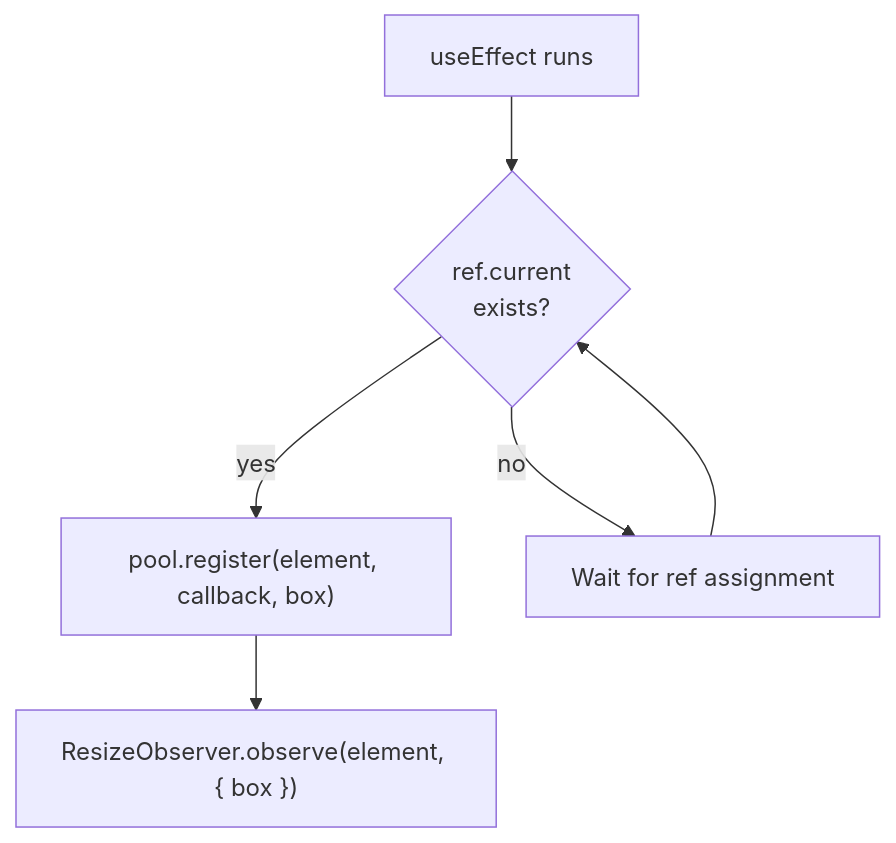
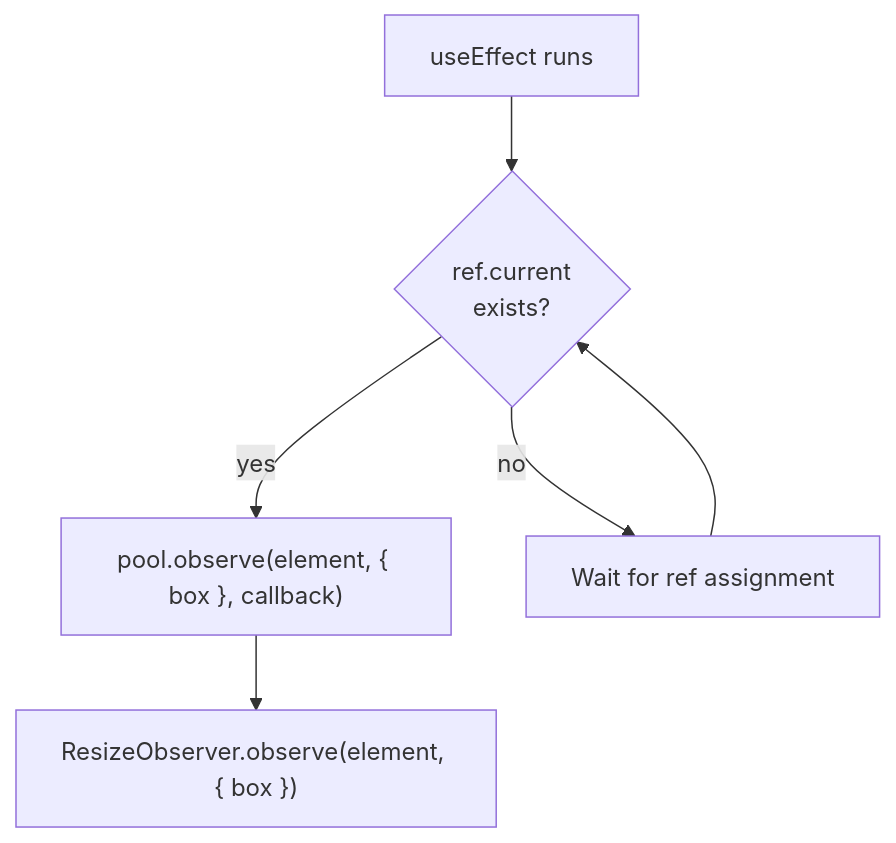
Before and after one commit to ABCrimson/use-resize-observer: the fourth of 5 diagrams in docs/guide/architecture.md, drawn with Mermaid. The commit also changed other lines of this file and 35 other files, not shown here.

````diff
--- a/docs/guide/architecture.md
+++ b/docs/guide/architecture.md
@@ -129,8 +129,8 @@
 ```mermaid
 flowchart TD
     MOUNT["useEffect runs"] --> REF{"ref.current\nexists?"}
-    REF -->|yes| REG["pool.register(element, callback, box)"]
+    REF -->|yes| REG["pool.observe(element, { box }, callback)"]
     REF -->|no| WAIT["Wait for ref assignment"]
     WAIT --> REF
     REG --> OBS["ResizeObserver.observe(element, { box })"]
 ```
````
